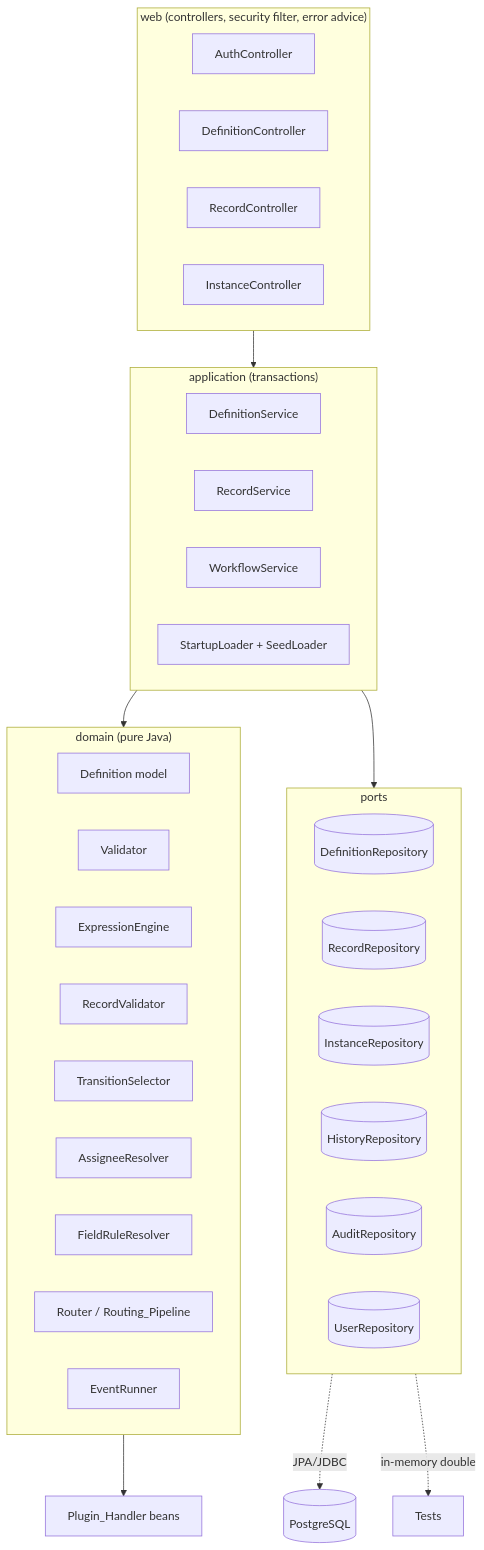
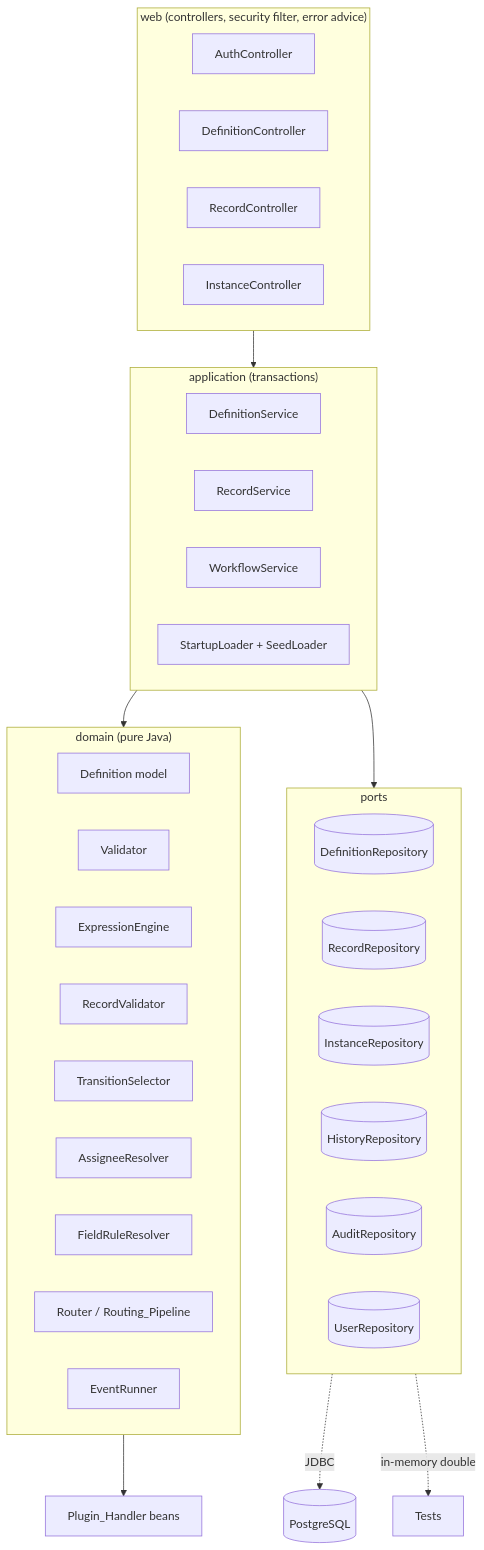
Before and after one commit to AmitPokhrel05082002/skeleton-key: the first of 2 diagrams in .kiro/specs/skeleton-backend/design.md, drawn with Mermaid. The commit also changed other lines of this file and 3 other files, not shown here.

````diff
--- a/.kiro/specs/skeleton-backend/design.md
+++ b/.kiro/specs/skeleton-backend/design.md
@@ -33,39 +33,39 @@
 ```mermaid
 flowchart TB
   subgraph Web["web (controllers, security filter, error advice)"]
     AuthC[AuthController]
     DefC[DefinitionController]
     RecC[RecordController]
     InstC[InstanceController]
   end
   subgraph Domain["domain (pure Java)"]
     Model[Definition model]
     Val[Validator]
     Expr[ExpressionEngine]
     RV[RecordValidator]
     TS[TransitionSelector]
     AR[AssigneeResolver]
     FR[FieldRuleResolver]
     Router[Router / Routing_Pipeline]
     Ev[EventRunner]
   end
   subgraph App["application (transactions)"]
     DefSvc[DefinitionService]
     RecSvc[RecordService]
     WfSvc[WorkflowService]
     Startup[StartupLoader + SeedLoader]
   end
   subgraph Ports["ports"]
     DefRepo[(DefinitionRepository)]
     RecRepo[(RecordRepository)]
     InstRepo[(InstanceRepository)]
     HistRepo[(HistoryRepository)]
     AuditRepo[(AuditRepository)]
     UserRepo[(UserRepository)]
   end
   Web --> App --> Domain
   App --> Ports
-  Ports -.JPA/JDBC.-> PG[(PostgreSQL)]
+  Ports -.JDBC.-> PG[(PostgreSQL)]
   Ports -.in-memory double.-> Test[Tests]
   Domain --> Plugins[Plugin_Handler beans]
 ```
````
